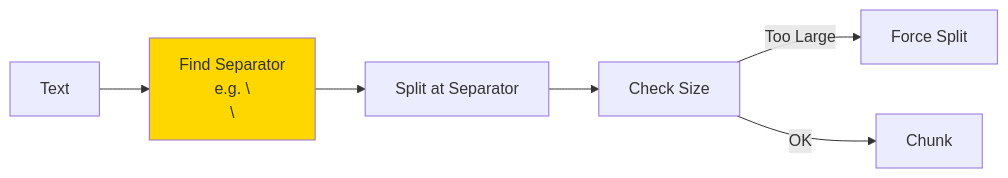
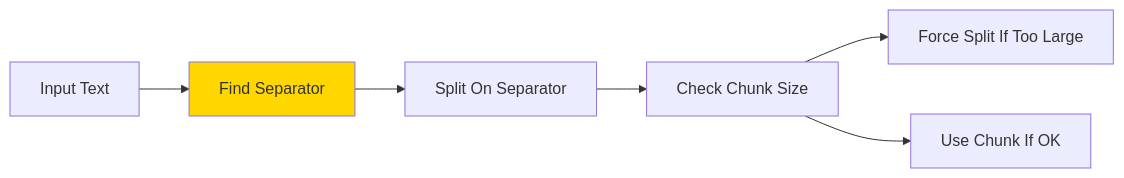
Before and after one commit to Kadiwalhussain/LangChain: the sixth of 14 diagrams in 12.TextSplitters/README.md, drawn with Mermaid. The commit also changed other lines of this file and 2 other files, not shown here.

Commit message:
fix: corrected Mermaid diagrams in all README files

````diff
--- a/12.TextSplitters/README.md
+++ b/12.TextSplitters/README.md
@@ -184,10 +184,10 @@
 ```mermaid
 graph LR
-    A[Text] --> B[Find Separator<br/>e.g. \\n\\n]
-    B --> C[Split at Separator]
-    C --> D[Check Size]
-    D -->|Too Large| E[Force Split]
-    D -->|OK| F[Chunk]
+    A[Input Text] --> B[Find Separator]
+    B --> C[Split On Separator]
+    C --> D[Check Chunk Size]
+    D --> E[Force Split If Too Large]
+    D --> F[Use Chunk If OK]
     
     style B fill:#FFD700
 ```
````
